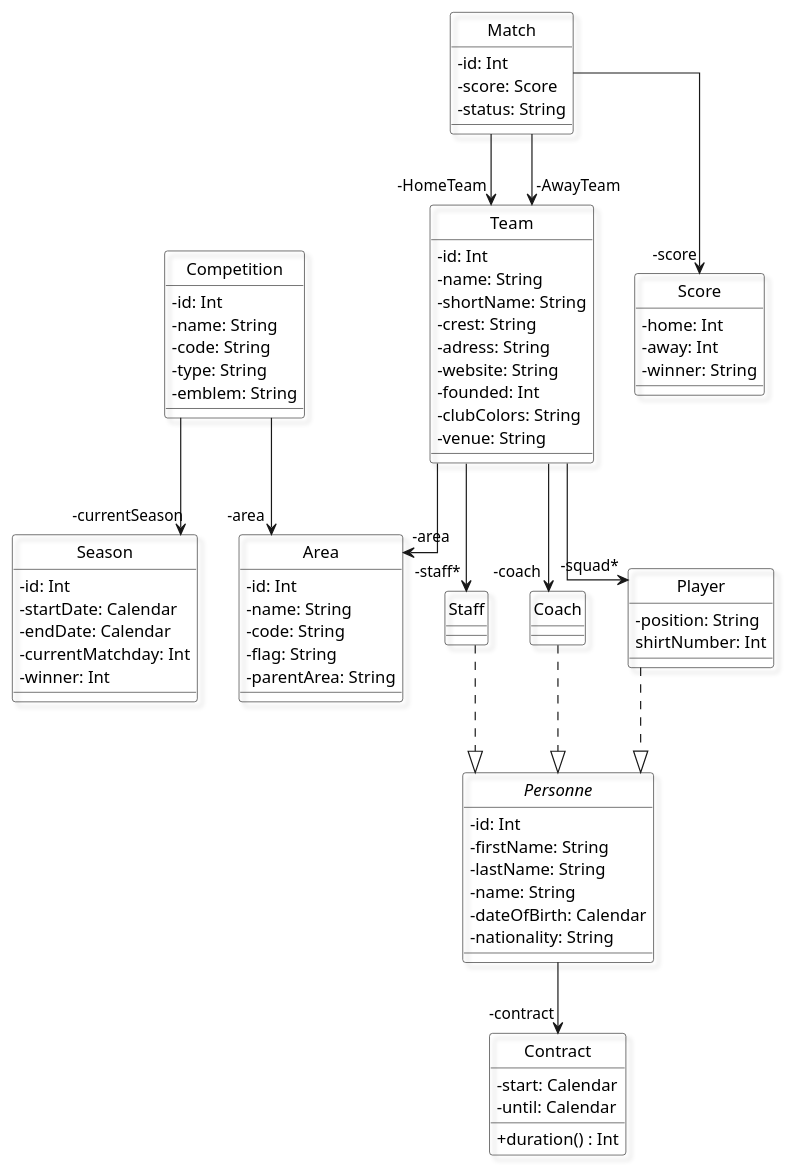
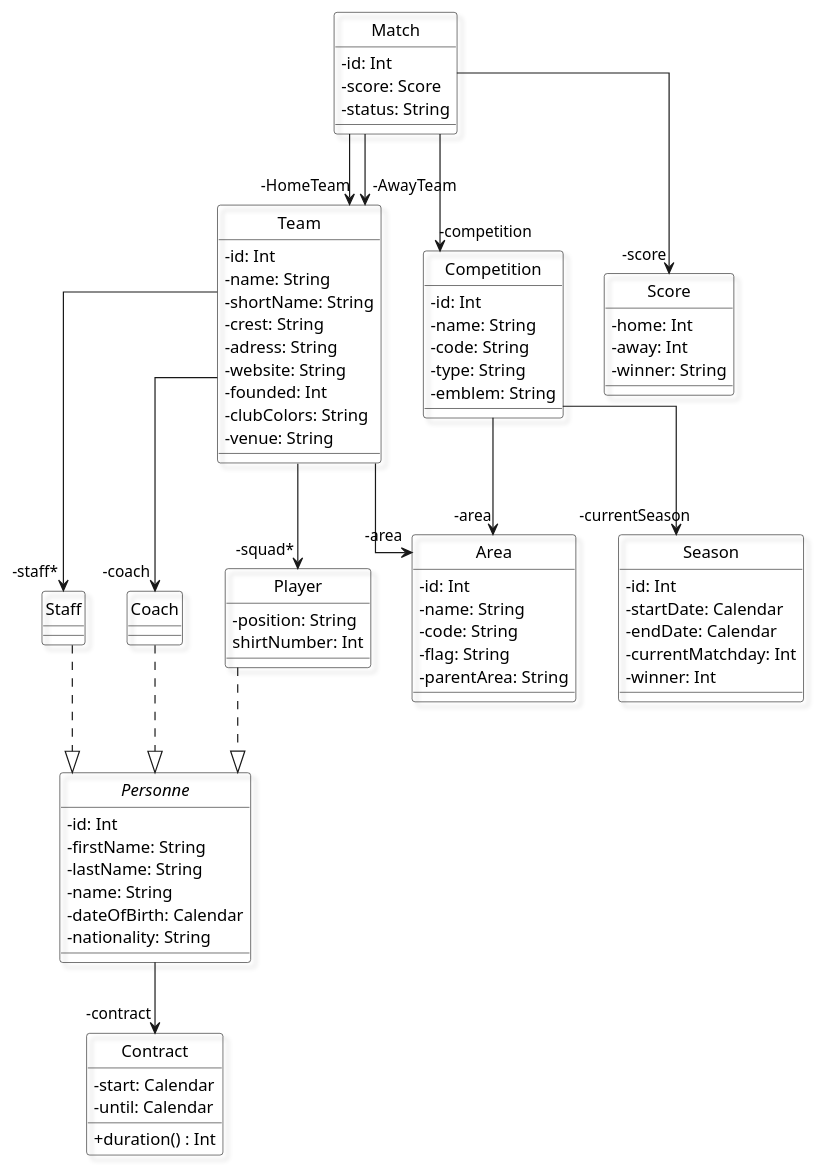
One commit to Emree63/Scor_It changed the first of 2 diagrams in README.md. Above: the diagram before and after it, drawn with PlantUML. The commit also changed 12 other files, not shown here.

```diff
--- a/README.md
+++ b/README.md
@@ -138,6 +138,7 @@
 
 Match --> "-HomeTeam" Team
 Match --> "-AwayTeam" Team
+Match --> "-competition" Competition
 
 Competition --> "-area" Area
 Competition --> "-currentSeason" Season
```
